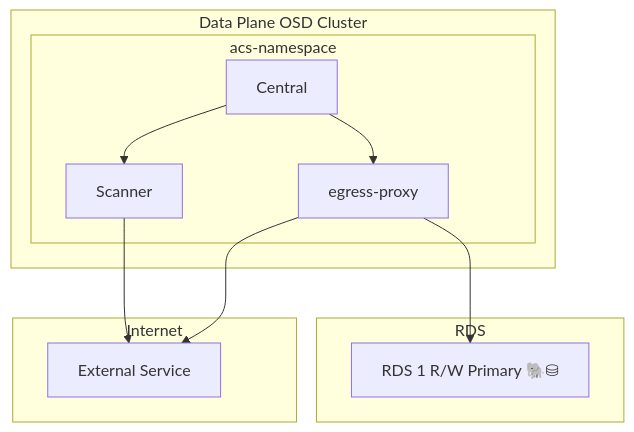
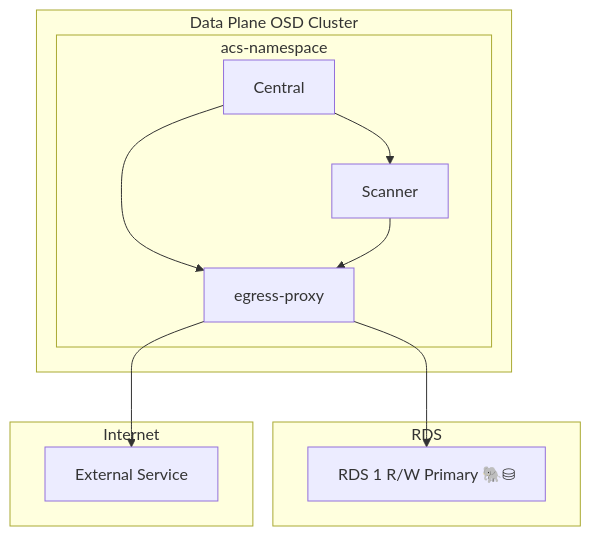
One commit to stackrox/acs-fleet-manager changed the diagram in docs/architecture/images/egress_diagram.md. Above: the diagram before and after it, drawn with Mermaid.

````diff
--- a/docs/architecture/images/egress_diagram.md
+++ b/docs/architecture/images/egress_diagram.md
@@ -1,28 +1,29 @@
 ```mermaid
 
 graph
     direction LR
     subgraph RDS
             acs1rdsp["RDS 1 R/W Primary 🐘⛁"]
     end
 
     subgraph Data Plane OSD Cluster
 
         subgraph acs-namespace
             acs1central[Central]
             acs1egress[egress-proxy]
             acs1scanner[Scanner]
         end
 
         acs1central-->acs1scanner
         acs1central-->acs1egress
+        acs1scanner-->acs1egress
         acs1egress-->acs1rdsp
     end
 
     subgraph Internet
         c1s1[External Service]
     end
 
     acs1egress-->c1s1
-    acs1scanner-->c1s1
+    
 ```
````
